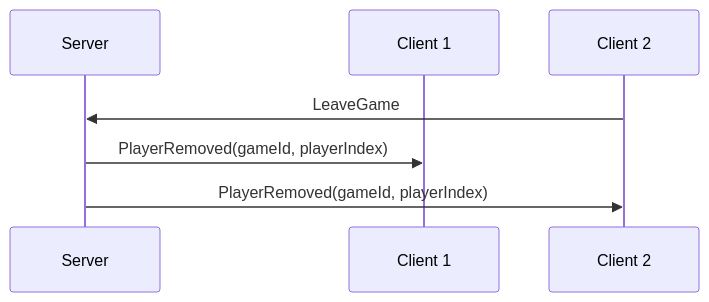
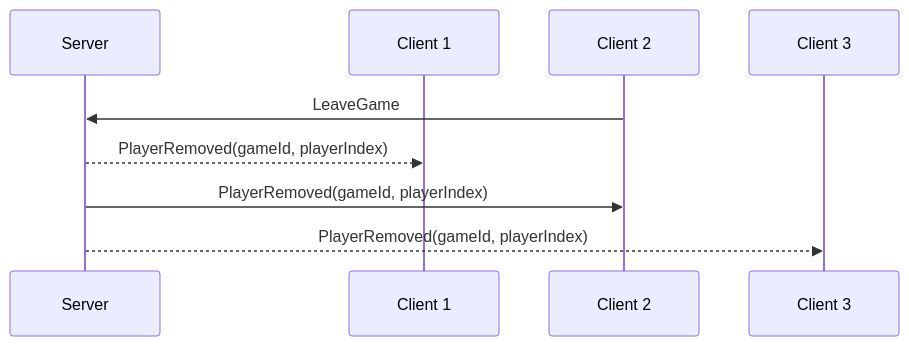
One commit to roman-zubarevich/another changed the tenth of 15 diagrams in docs/LOBBY.md. Above: the diagram before and after it, drawn with Mermaid. The commit also changed other lines of this file, not shown here.

````diff
--- a/docs/LOBBY.md
+++ b/docs/LOBBY.md
@@ -125,9 +127,11 @@
 ```mermaid
 sequenceDiagram
     participant S as Server
     participant C1 as Client 1
     participant C2 as Client 2
+    participant C3 as Client 3
     C2->>S: LeaveGame
-    S->>C1: PlayerRemoved(gameId, playerIndex)
+    S-->>C1: PlayerRemoved(gameId, playerIndex)
     S->>C2: PlayerRemoved(gameId, playerIndex)
+    S-->>C3: PlayerRemoved(gameId, playerIndex)
 ```
````
